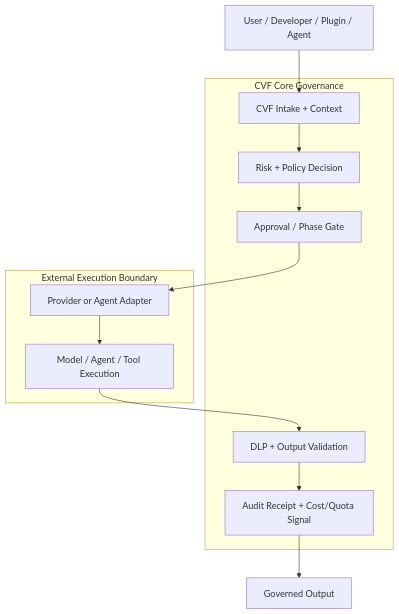
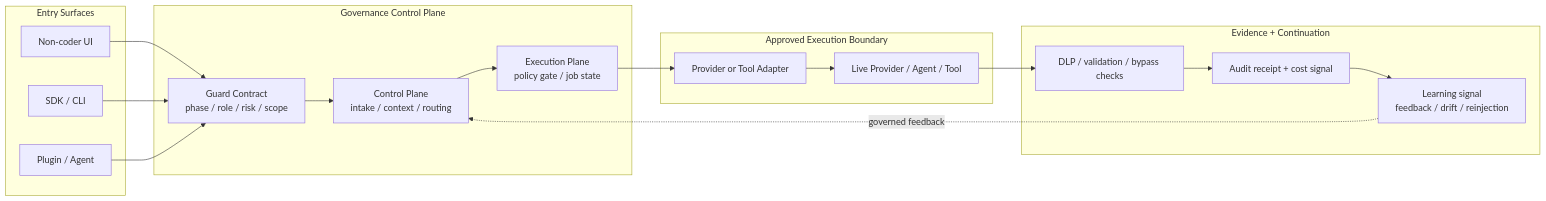
One commit to Blackbird081/Controlled-Vibe-Framework-CVF changed the diagram in README.md. Above: the diagram before and after it, drawn with Mermaid. The commit also changed other lines of this file, not shown here.

Commit message:
docs: align readme architecture diagram

````diff
--- a/README.md
+++ b/README.md
@@ -54,24 +54,32 @@
 ```mermaid
-flowchart TB
-  User["User / Developer / Plugin / Agent"] --> Intake["CVF Intake + Context"]
-  Intake --> Risk["Risk + Policy Decision"]
-  Risk --> Approval["Approval / Phase Gate"]
-  Approval --> Adapter["Provider or Agent Adapter"]
-  Adapter --> Worker["Model / Agent / Tool Execution"]
-  Worker --> Validation["DLP + Output Validation"]
-  Validation --> Receipt["Audit Receipt + Cost/Quota Signal"]
-  Receipt --> Output["Governed Output"]
-
-  subgraph Core["CVF Core Governance"]
-    Intake
-    Risk
-    Approval
-    Validation
-    Receipt
+flowchart LR
+  subgraph Entry["Entry Surfaces"]
+    User["Non-coder UI"]
+    Dev["SDK / CLI"]
+    Agent["Plugin / Agent"]
   end
 
-  subgraph External["External Execution Boundary"]
-    Adapter
-    Worker
+  subgraph Govern["Governance Control Plane"]
+    Guard["Guard Contract<br/>phase / role / risk / scope"]
+    Control["Control Plane<br/>intake / context / routing"]
+    Runtime["Execution Plane<br/>policy gate / job state"]
   end
+
+  subgraph Boundary["Approved Execution Boundary"]
+    Adapter["Provider or Tool Adapter"]
+    Provider["Live Provider / Agent / Tool"]
+  end
+
+  subgraph Evidence["Evidence + Continuation"]
+    Review["DLP / validation / bypass checks"]
+    Receipt["Audit receipt + cost signal"]
+    Learning["Learning signal<br/>feedback / drift / reinjection"]
+  end
+
+  User --> Guard
+  Dev --> Guard
+  Agent --> Guard
+  Guard --> Control --> Runtime --> Adapter --> Provider
+  Provider --> Review --> Receipt --> Learning
+  Learning -. governed feedback .-> Control
 ```
````
